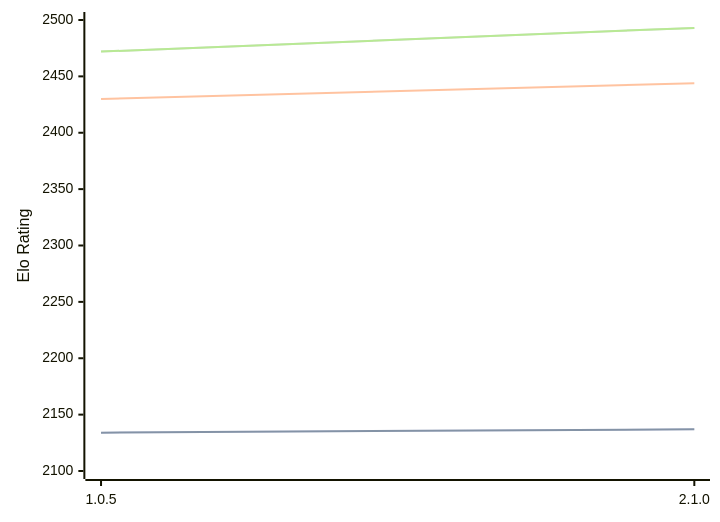
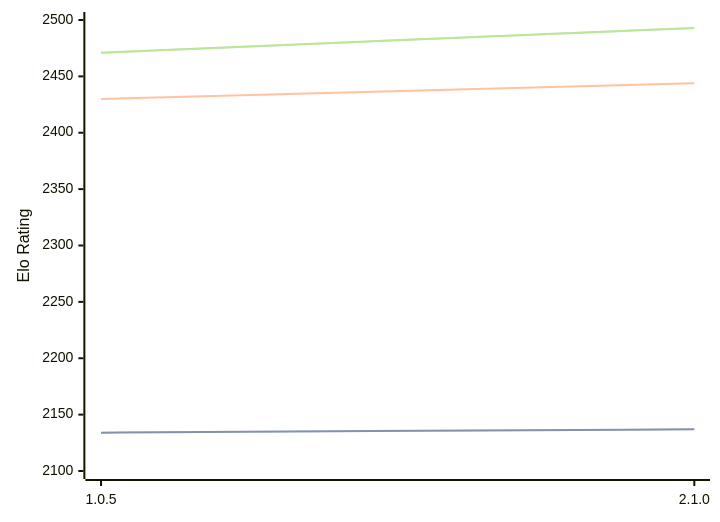
The diagram in engines/Ruffian.md (computer-chess-index/cci), drawn with Mermaid before and after one commit. The commit also changed other lines of this file, not shown here.

Commit message:
Update CCI Ratings (ELO VLTC) - 2026-06-10

````diff
--- a/engines/Ruffian.md
+++ b/engines/Ruffian.md
@@ -32,11 +32,11 @@
 ```mermaid
 %%{init: {"theme":"base","themeVariables":{"seriesColors:['#a3a3a3','#222221','#faa371']}}}%%
 xychart-beta
   x-axis ["1.0.5", "2.1.0"]
   y-axis "Elo Rating" 2100 --> 2500
   line "STC (8.0+0.08s)" [2134, 2137]
   line "STC (8.0+0.08s)" [2134, 2137]
   line "LTC (60.0+0.60s)" [2430, 2444]
-  line "VLTC (2m24s+1.12s)" [2472, 2493]
-  line "VLTC (2m24s+1.12s)" [2472, 2493]
+  line "VLTC (2m24s+1.12s)" [2471, 2493]
+  line "VLTC (2m24s+1.12s)" [2471, 2493]
 ```
````
